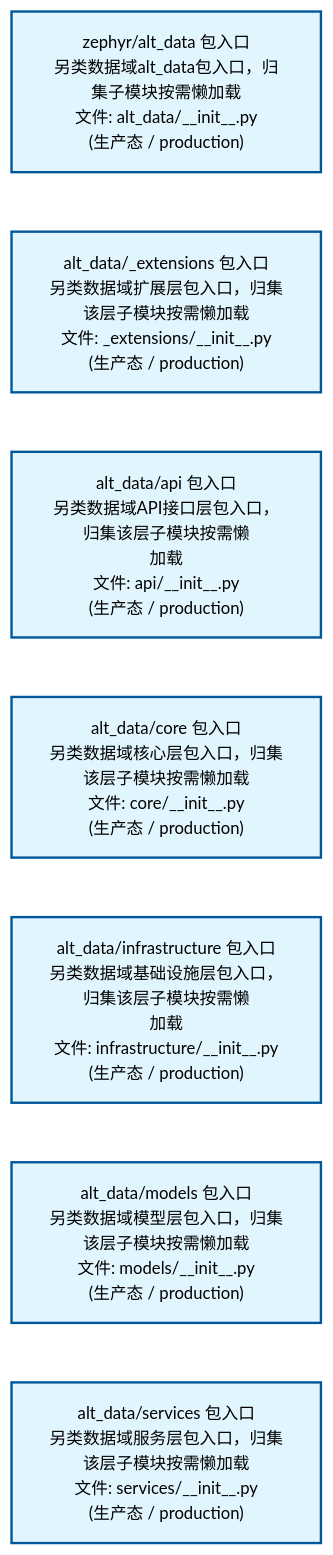
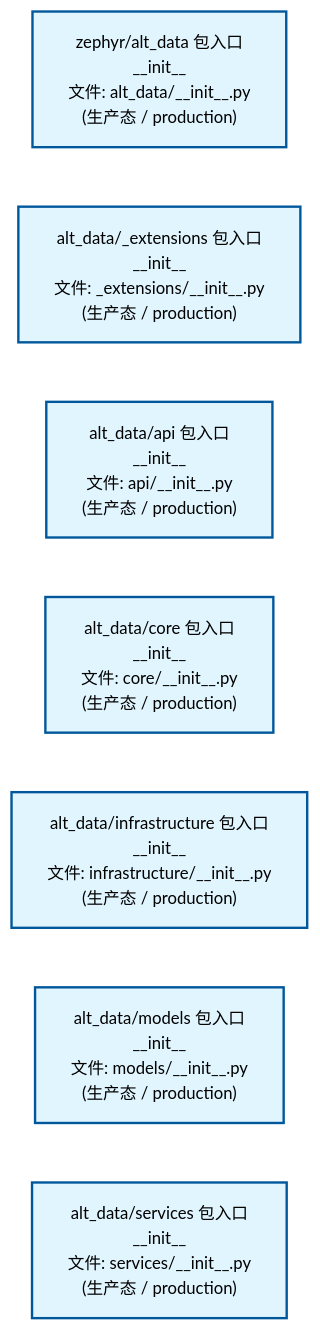
The second of 2 diagrams in docs/02_enterprise_architecture/02_domain_architecture_docs/09_d_alt_data.md (xuanFelixVan/ZephyrAlpha), drawn with Mermaid before and after one commit. The commit also changed other lines of this file and 61 other files, not shown here.

````diff
--- a/docs/02_enterprise_architecture/02_domain_architecture_docs/09_d_alt_data.md
+++ b/docs/02_enterprise_architecture/02_domain_architecture_docs/09_d_alt_data.md
@@ -80,22 +80,22 @@
 ```mermaid
 %%{init: {'theme': 'base', 'themeVariables': {'primaryColor': '#eaeaea', 'primaryTextColor': '#333333', 'primaryBorderColor': '#666666', 'lineColor': '#666666', 'secondaryColor': '#eaeaea', 'tertiaryColor': '#eaeaea', 'fontSize': '14px'}}}%%
 flowchart TD
-    src_zephyr_alt_data_init_py["zephyr/alt_data 包入口<br/>另类数据域alt_data包入口，归集子模块按需懒加载<br/>文件: alt_data/__init__.py<br/>(生产态 / production)"]
-    src_zephyr_alt_data_extensions_init_py["alt_data/_extensions 包入口<br/>另类数据域扩展层包入口，归集该层子模块按需懒加载<br/>文件: _extensions/__init__.py<br/>(生产态 / production)"]
-    src_zephyr_alt_data_api_init_py["alt_data/api 包入口<br/>另类数据域API接口层包入口，归集该层子模块按需懒<br/>加载<br/>文件: api/__init__.py<br/>(生产态 / production)"]
-    src_zephyr_alt_data_core_init_py["alt_data/core 包入口<br/>另类数据域核心层包入口，归集该层子模块按需懒加载<br/>文件: core/__init__.py<br/>(生产态 / production)"]
-    src_zephyr_alt_data_infrastructure_init_py["alt_data/infrastructure 包入口<br/>另类数据域基础设施层包入口，归集该层子模块按需懒<br/>加载<br/>文件: infrastructure/__init__.py<br/>(生产态 / production)"]
-    src_zephyr_alt_data_models_init_py["alt_data/models 包入口<br/>另类数据域模型层包入口，归集该层子模块按需懒加载<br/>文件: models/__init__.py<br/>(生产态 / production)"]
-    src_zephyr_alt_data_services_init_py["alt_data/services 包入口<br/>另类数据域服务层包入口，归集该层子模块按需懒加载<br/>文件: services/__init__.py<br/>(生产态 / production)"]
+    src_zephyr_alt_data_init_py["zephyr/alt_data 包入口<br/>__init__<br/>文件: alt_data/__init__.py<br/>(生产态 / production)"]
+    src_zephyr_alt_data_extensions_init_py["alt_data/_extensions 包入口<br/>__init__<br/>文件: _extensions/__init__.py<br/>(生产态 / production)"]
+    src_zephyr_alt_data_api_init_py["alt_data/api 包入口<br/>__init__<br/>文件: api/__init__.py<br/>(生产态 / production)"]
+    src_zephyr_alt_data_core_init_py["alt_data/core 包入口<br/>__init__<br/>文件: core/__init__.py<br/>(生产态 / production)"]
+    src_zephyr_alt_data_infrastructure_init_py["alt_data/infrastructure 包入口<br/>__init__<br/>文件: infrastructure/__init__.py<br/>(生产态 / production)"]
+    src_zephyr_alt_data_models_init_py["alt_data/models 包入口<br/>__init__<br/>文件: models/__init__.py<br/>(生产态 / production)"]
+    src_zephyr_alt_data_services_init_py["alt_data/services 包入口<br/>__init__<br/>文件: services/__init__.py<br/>(生产态 / production)"]
     src_zephyr_alt_data_init_py ~~~ src_zephyr_alt_data_extensions_init_py
     src_zephyr_alt_data_extensions_init_py ~~~ src_zephyr_alt_data_api_init_py
     src_zephyr_alt_data_api_init_py ~~~ src_zephyr_alt_data_core_init_py
     src_zephyr_alt_data_core_init_py ~~~ src_zephyr_alt_data_infrastructure_init_py
     src_zephyr_alt_data_infrastructure_init_py ~~~ src_zephyr_alt_data_models_init_py
     src_zephyr_alt_data_models_init_py ~~~ src_zephyr_alt_data_services_init_py
     classDef production fill:#e1f5fe,stroke:#01579b,stroke-width:2px,color:#000
     classDef design fill:#fff3e0,stroke:#e65100,stroke-width:2px,color:#000,stroke-dasharray: 5 5
     classDef external_prod fill:#e8f4fd,stroke:#0277bd,stroke-width:1px,color:#000
     classDef external_design fill:#fff8e7,stroke:#ef6c00,stroke-width:1px,color:#000,stroke-dasharray: 5 5
     class src_zephyr_alt_data_init_py,src_zephyr_alt_data_extensions_init_py,src_zephyr_alt_data_api_init_py,src_zephyr_alt_data_core_init_py,src_zephyr_alt_data_infrastructure_init_py,src_zephyr_alt_data_models_init_py,src_zephyr_alt_data_services_init_py production
 ```
````
